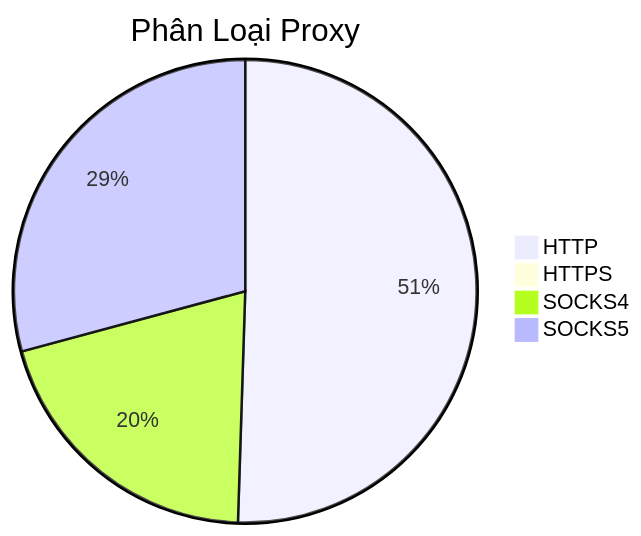
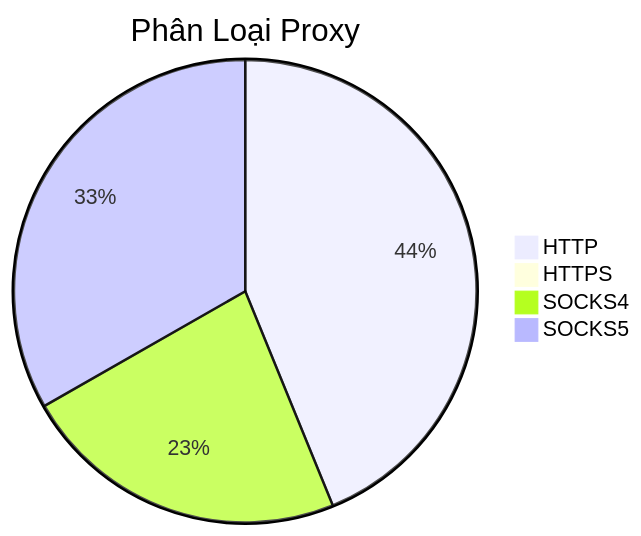
Before and after one commit to Ciara-12/PROXY-free: the diagram in README.md, drawn with Mermaid. The commit also changed other lines of this file and 3 other files, not shown here.

````diff
--- a/README.md
+++ b/README.md
@@ -26,7 +26,7 @@
 ```mermaid
 pie title Phân Loại Proxy
-    "HTTP" : 654
+    "HTTP" : 394
     "HTTPS" : 0
-    "SOCKS4" : 263
-    "SOCKS5" : 378
+    "SOCKS4" : 206
+    "SOCKS5" : 299
 ```
````
